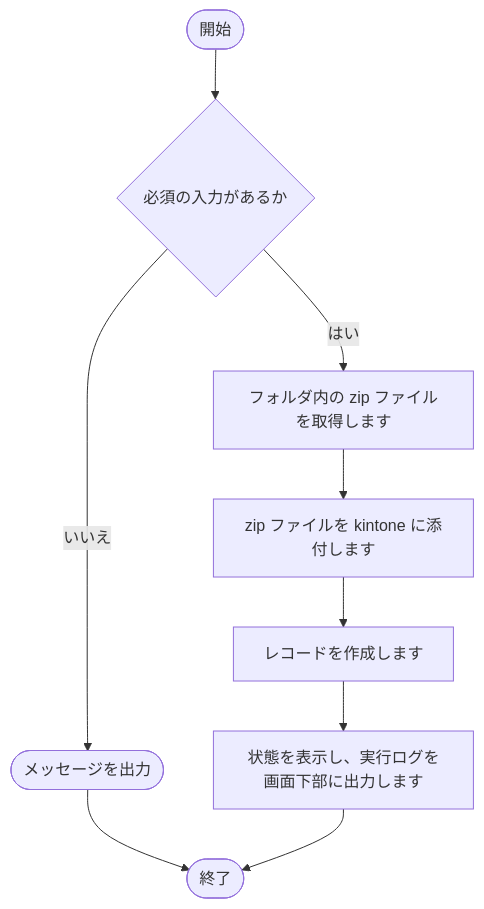
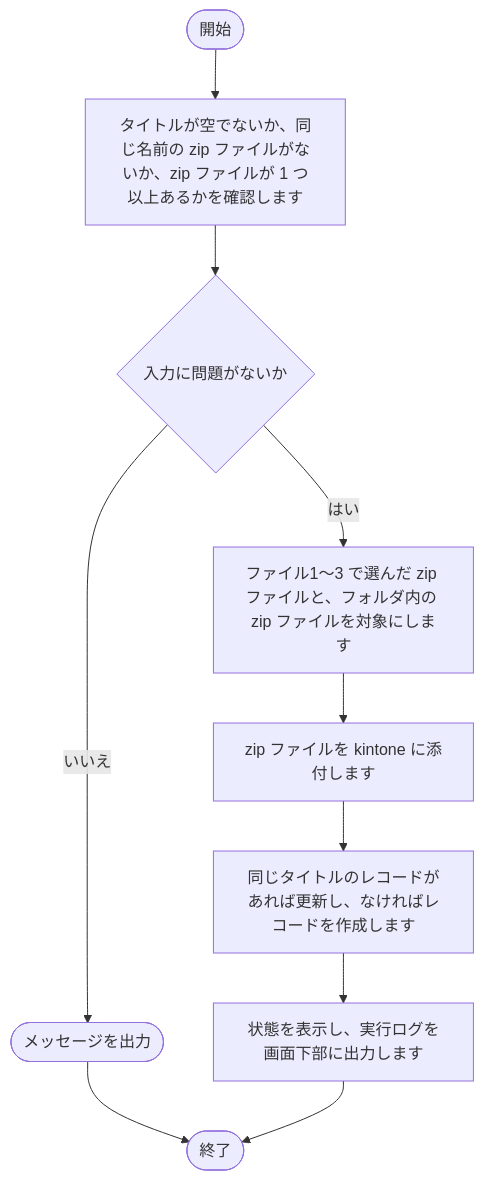
Before and after one commit to nishida2073/project_management: the second of 12 diagrams in tool/package-generator/doc/02_設計/処理フロー.md, drawn with Mermaid. The commit also changed other lines of this file and 16 other files, not shown here.

````diff
--- a/tool/package-generator/doc/02_設計/処理フロー.md
+++ b/tool/package-generator/doc/02_設計/処理フロー.md
@@ -56,19 +61,21 @@
 ```mermaid
 flowchart TD
     S(["開始"])
     E(["終了"])
-    N1{"必須の入力があるか"}
+    N1["タイトルが空でないか、同じ名前の zip ファイルがないか、zip ファイルが 1 つ以上あるかを確認します"]
+    S --> N1
+    N2{"入力に問題がないか"}
+    N1 --> N2
     X1(["メッセージを出力"])
+    N2 -- いいえ --> X1
     X1 --> E
-    N1 -- いいえ --> X1
-    S --> N1
-    N2["フォルダ内の zip ファイルを取得します"]
-    N1 -- はい --> N2
-    N3["zip ファイルを kintone に添付します"]
-    N2 --> N3
-    N4["レコードを作成します"]
+    N3["ファイル1〜3 で選んだ zip ファイルと、フォルダ内の zip ファイルを対象にします"]
+    N2 -- はい --> N3
+    N4["zip ファイルを kintone に添付します"]
     N3 --> N4
-    N5["状態を表示し、実行ログを画面下部に出力します"]
+    N5["同じタイトルのレコードがあれば更新し、なければレコードを作成します"]
     N4 --> N5
-    N5 --> E
+    N6["状態を表示し、実行ログを画面下部に出力します"]
+    N5 --> N6
+    N6 --> E
 ```
````
